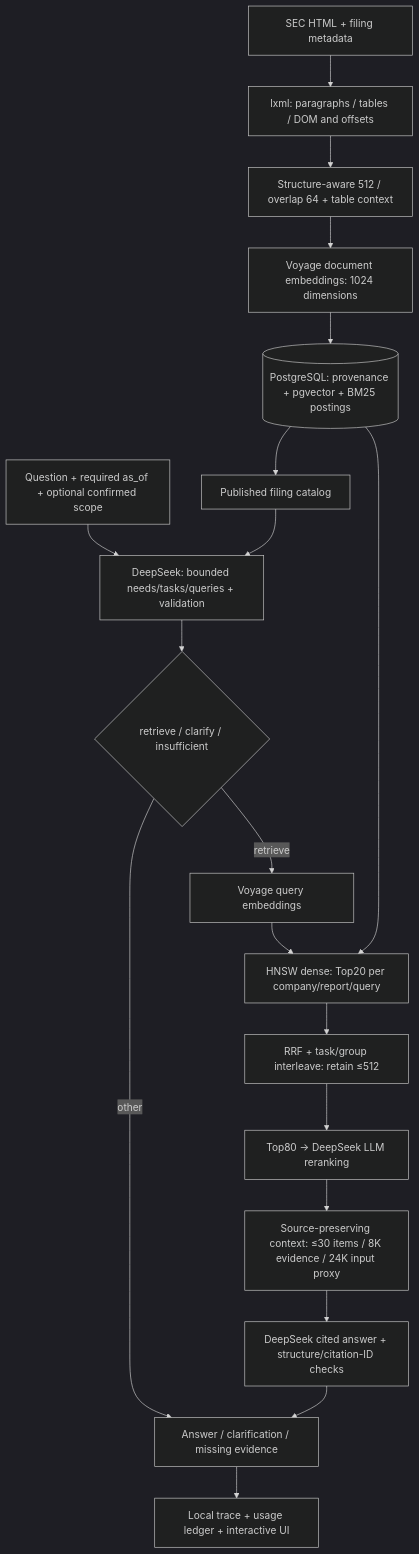
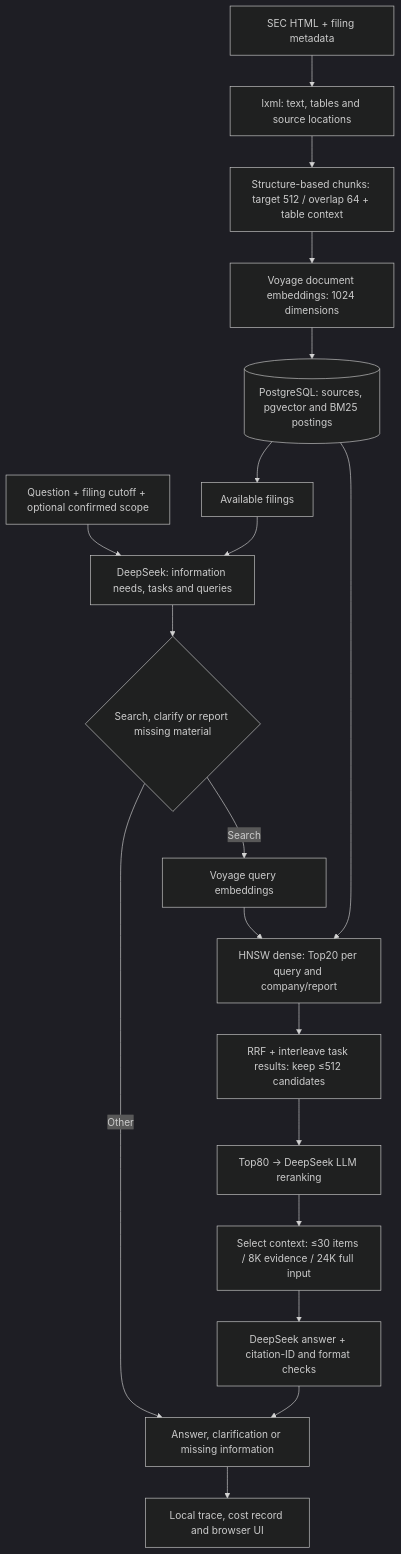
The diagram in README.md (RqingLiu/financial-report-rag), drawn with Mermaid (dark theme) before and after one commit. The commit also changed other lines of this file and 13 other files, not shown here.

````diff
--- a/README.md
+++ b/README.md
@@ -21,20 +21,20 @@
 ```mermaid
 flowchart TB
-  SEC["SEC HTML + filing metadata"] --> Parse["lxml: paragraphs / tables / DOM and offsets"]
-  Parse --> Chunk["Structure-aware 512 / overlap 64 + table context"]
+  SEC["SEC HTML + filing metadata"] --> Parse["lxml: text, tables and source locations"]
+  Parse --> Chunk["Structure-based chunks: target 512 / overlap 64 + table context"]
   Chunk --> DocEmb["Voyage document embeddings: 1024 dimensions"]
-  DocEmb --> PG[("PostgreSQL: provenance + pgvector + BM25 postings")]
-  Q["Question + required as_of + optional confirmed scope"] --> Plan["DeepSeek: bounded needs/tasks/queries + validation"]
-  PG --> Catalog["Published filing catalog"] --> Plan
-  Plan --> Route{"retrieve / clarify / insufficient"}
-  Route -->|retrieve| Emb["Voyage query embeddings"]
-  Emb --> Search["HNSW dense: Top20 per company/report/query"]
+  DocEmb --> PG[("PostgreSQL: sources, pgvector and BM25 postings")]
+  Q["Question + filing cutoff + optional confirmed scope"] --> Plan["DeepSeek: information needs, tasks and queries"]
+  PG --> Catalog["Available filings"] --> Plan
+  Plan --> Route{"Search, clarify or report missing material"}
+  Route -->|Search| Emb["Voyage query embeddings"]
+  Emb --> Search["HNSW dense: Top20 per query and company/report"]
   PG --> Search
-  Search --> Fuse["RRF + task/group interleave: retain ≤512"]
+  Search --> Fuse["RRF + interleave task results: keep ≤512 candidates"]
   Fuse --> Rank["Top80 → DeepSeek LLM reranking"]
-  Rank --> Ctx["Source-preserving context: ≤30 items / 8K evidence / 24K input proxy"]
-  Ctx --> Answer["DeepSeek cited answer + structure/citation-ID checks"]
-  Route -->|other| Result["Answer / clarification / missing evidence"]
+  Rank --> Ctx["Select context: ≤30 items / 8K evidence / 24K full input"]
+  Ctx --> Answer["DeepSeek answer + citation-ID and format checks"]
+  Route -->|Other| Result["Answer, clarification or missing information"]
   Answer --> Result
-  Result --> Trace["Local trace + usage ledger + interactive UI"]
+  Result --> Trace["Local trace, cost record and browser UI"]
 ```
````
